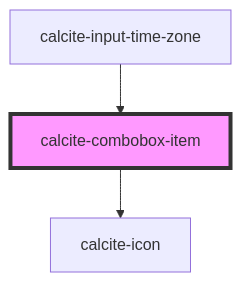
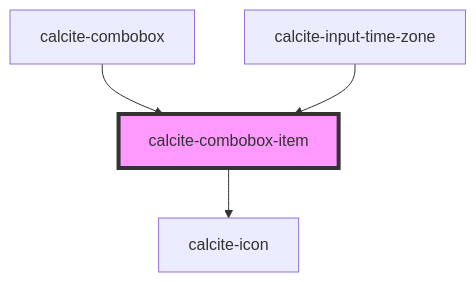
Before and after one commit to Esri/calcite-design-system: the diagram in packages/calcite-components/src/components/combobox-item/readme.md, drawn with Mermaid. The commit also changed other lines of this file and 82 other files, not shown here.

````diff
--- a/packages/calcite-components/src/components/combobox-item/readme.md
+++ b/packages/calcite-components/src/components/combobox-item/readme.md
@@ -44,6 +58,7 @@
 ```mermaid
 graph TD;
   calcite-combobox-item --> calcite-icon
+  calcite-combobox --> calcite-combobox-item
   calcite-input-time-zone --> calcite-combobox-item
   style calcite-combobox-item fill:#f9f,stroke:#333,stroke-width:4px
 ```
````
